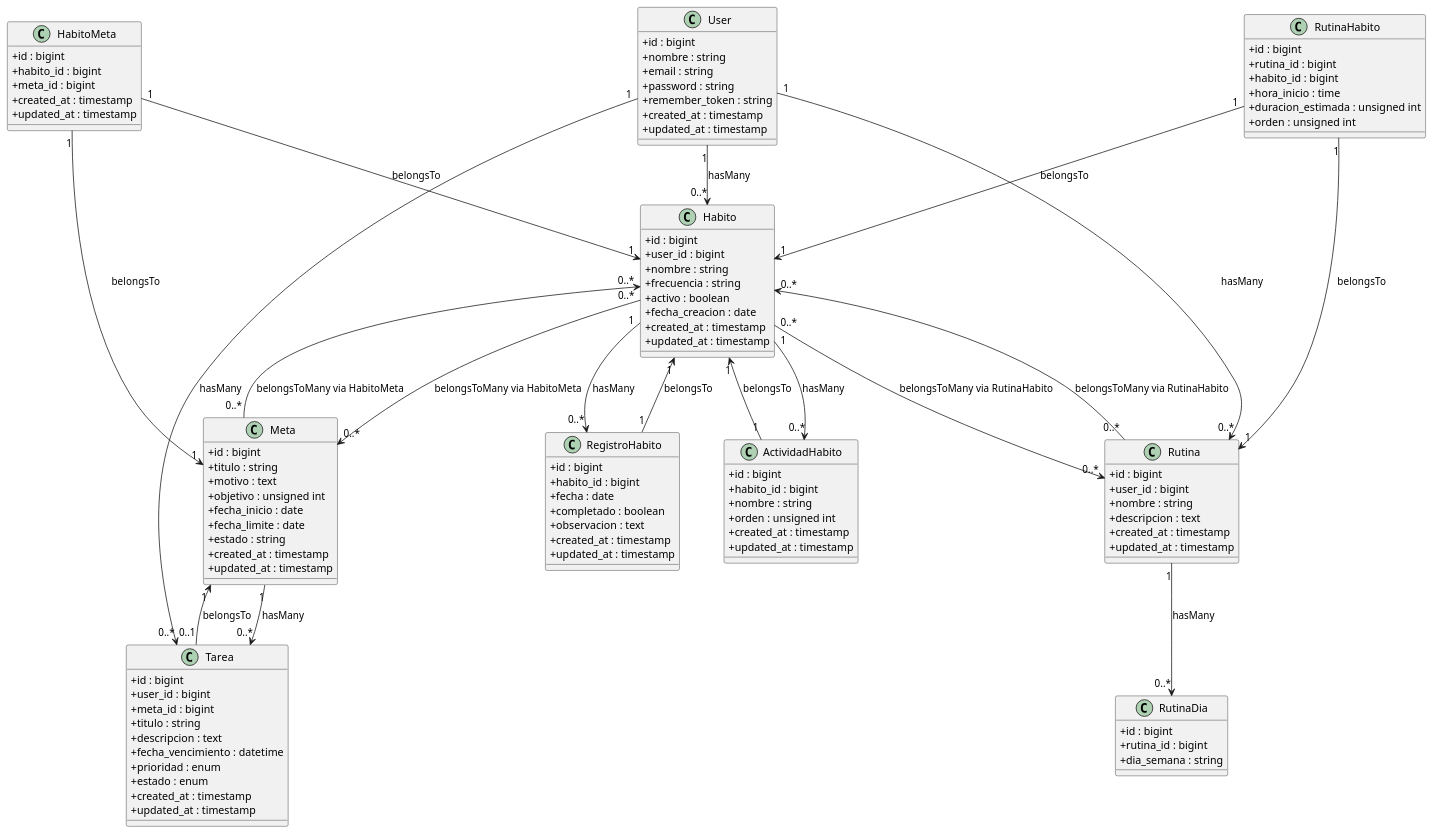
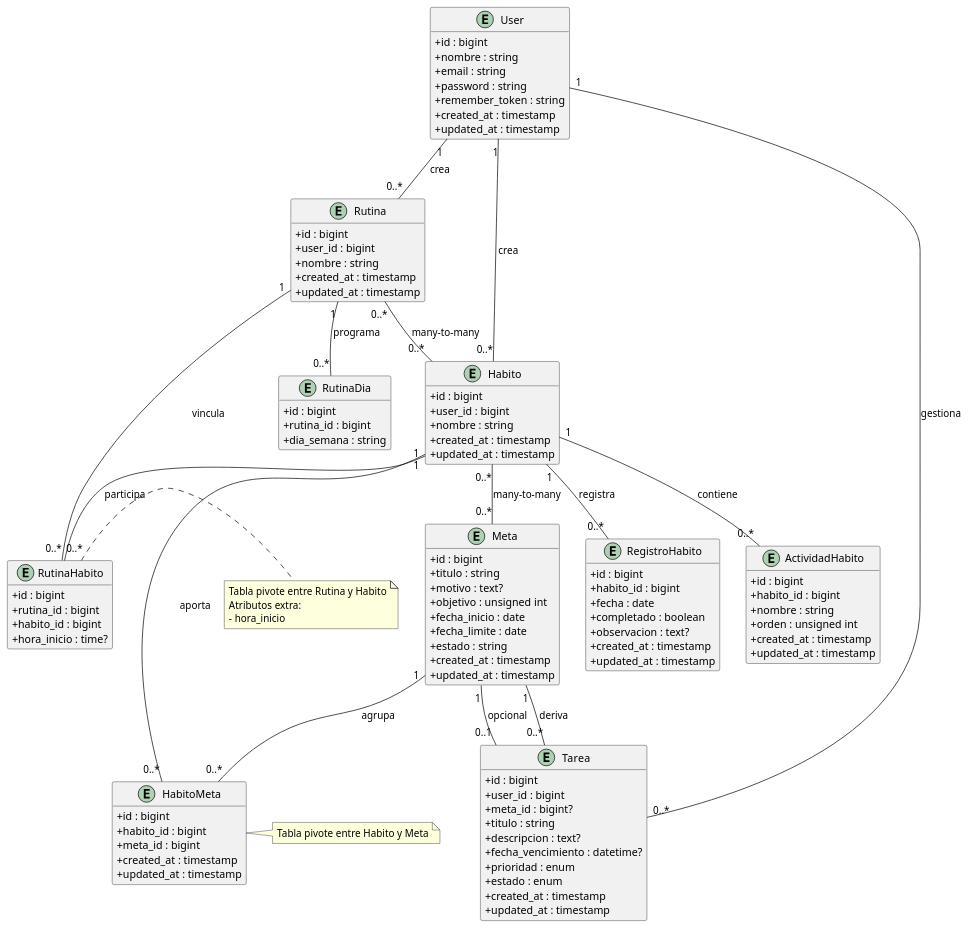
Before and after one commit to Nyckush/Habitos-Traked: the diagram in backend/public/diagrama.plantUml, drawn with PlantUML. The commit also changed 44 other files, not shown here.

```diff
--- a/backend/public/diagrama.plantUml
+++ b/backend/public/diagrama.plantUml
@@ -1,125 +1,125 @@
 @startuml
 skinparam classAttributeIconSize 0
 skinparam shadowing false
+hide methods
 
-class User {
+entity User {
   +id : bigint
   +nombre : string
   +email : string
   +password : string
   +remember_token : string
   +created_at : timestamp
   +updated_at : timestamp
 }
 
-class Habito {
+entity Habito {
   +id : bigint
   +user_id : bigint
   +nombre : string
-  +frecuencia : string
-  +activo : boolean
-  +fecha_creacion : date
   +created_at : timestamp
   +updated_at : timestamp
 }
 
-class Rutina {
+entity Rutina {
   +id : bigint
   +user_id : bigint
   +nombre : string
-  +descripcion : text
   +created_at : timestamp
   +updated_at : timestamp
 }
 
-class RutinaDia {
+entity RutinaDia {
   +id : bigint
   +rutina_id : bigint
   +dia_semana : string
 }
 
-class RutinaHabito {
+entity RutinaHabito {
   +id : bigint
   +rutina_id : bigint
   +habito_id : bigint
-  +hora_inicio : time
-  +duracion_estimada : unsigned int
-  +orden : unsigned int
+  +hora_inicio : time?
 }
 
-class RegistroHabito {
+entity RegistroHabito {
   +id : bigint
   +habito_id : bigint
   +fecha : date
   +completado : boolean
-  +observacion : text
+  +observacion : text?
   +created_at : timestamp
   +updated_at : timestamp
 }
 
-class Meta {
+entity Meta {
   +id : bigint
   +titulo : string
-  +motivo : text
+  +motivo : text?
   +objetivo : unsigned int
   +fecha_inicio : date
   +fecha_limite : date
   +estado : string
   +created_at : timestamp
   +updated_at : timestamp
 }
 
-class HabitoMeta {
+entity HabitoMeta {
   +id : bigint
   +habito_id : bigint
   +meta_id : bigint
   +created_at : timestamp
   +updated_at : timestamp
 }
 
-class Tarea {
+entity Tarea {
   +id : bigint
   +user_id : bigint
-  +meta_id : bigint
+  +meta_id : bigint?
   +titulo : string
-  +descripcion : text
-  +fecha_vencimiento : datetime
+  +descripcion : text?
+  +fecha_vencimiento : datetime?
   +prioridad : enum
   +estado : enum
   +created_at : timestamp
   +updated_at : timestamp
 }
 
-class ActividadHabito {
+entity ActividadHabito {
   +id : bigint
   +habito_id : bigint
   +nombre : string
   +orden : unsigned int
   +created_at : timestamp
   +updated_at : timestamp
 }
 
-User "1" --> "0..*" Habito : hasMany
-User "1" --> "0..*" Rutina : hasMany
-User "1" --> "0..*" Tarea : hasMany
+User "1" -- "0..*" Habito : crea
+User "1" -- "0..*" Rutina : crea
+User "1" -- "0..*" Tarea : gestiona
 
-Habito "1" --> "0..*" RegistroHabito : hasMany
-Habito "1" --> "0..*" ActividadHabito : hasMany
-Habito "0..*" --> "0..*" Rutina : belongsToMany via RutinaHabito
-Habito "0..*" --> "0..*" Meta : belongsToMany via HabitoMeta
+Habito "1" -- "0..*" RegistroHabito : registra
+Habito "1" -- "0..*" ActividadHabito : contiene
+Rutina "1" -- "0..*" RutinaDia : programa
+Meta "1" -- "0..*" Tarea : deriva
 
-Rutina "1" --> "0..*" RutinaDia : hasMany
-Rutina "0..*" --> "0..*" Habito : belongsToMany via RutinaHabito
+Rutina "1" -- "0..*" RutinaHabito : vincula
+Habito "1" -- "0..*" RutinaHabito : participa
+Habito "1" -- "0..*" HabitoMeta : aporta
+Meta "1" -- "0..*" HabitoMeta : agrupa
 
-Meta "0..*" --> "0..*" Habito : belongsToMany via HabitoMeta
-Meta "1" --> "0..*" Tarea : hasMany
+Rutina "0..*" -- "0..*" Habito : many-to-many
+Habito "0..*" -- "0..*" Meta : many-to-many
+Meta "1" -- "0..1" Tarea : opcional
 
-Tarea "0..1" --> "1" Meta : belongsTo
-RegistroHabito "1" --> "1" Habito : belongsTo
-ActividadHabito "1" --> "1" Habito : belongsTo
-RutinaHabito "1" --> "1" Rutina : belongsTo
-RutinaHabito "1" --> "1" Habito : belongsTo
-HabitoMeta "1" --> "1" Habito : belongsTo
-HabitoMeta "1" --> "1" Meta : belongsTo
+note right of RutinaHabito
+  Tabla pivote entre Rutina y Habito
+  Atributos extra:
+  - hora_inicio
+end note
+
+note right of HabitoMeta
+  Tabla pivote entre Habito y Meta
+end note
 
 @enduml
```
